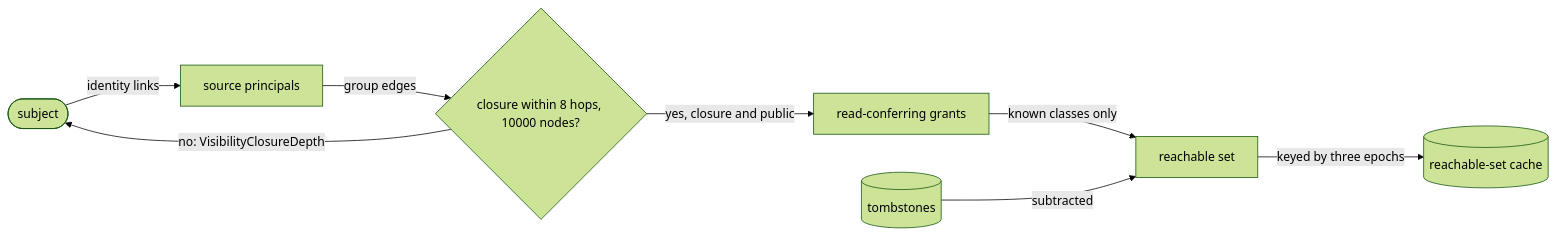
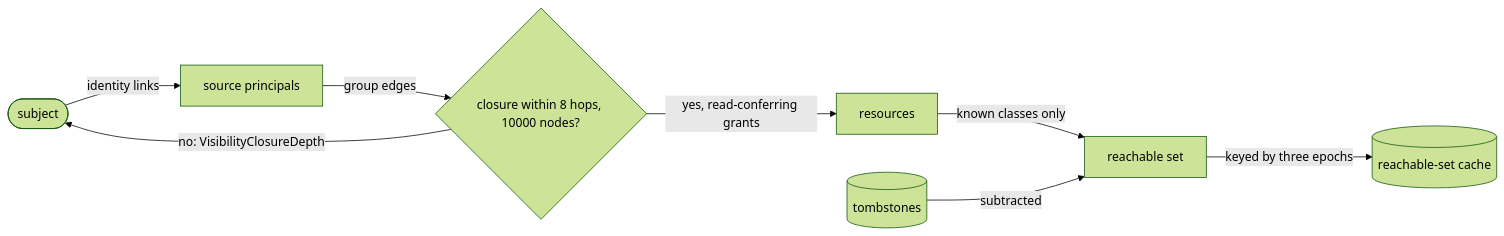
Before and after one commit to fractalboxdev/contextful: the second of 2 diagrams in spec/60-visibility.md, drawn with Mermaid (forest theme). The commit also changed 9 other files, not shown here.

First line of the commit message:
spec: diagram parser, bounds and topology corrections

````diff
--- a/spec/60-visibility.md
+++ b/spec/60-visibility.md
@@ -90,10 +90,10 @@
 ```mermaid
 flowchart LR
   S(["subject"]) -->|"identity links"| SP["source principals"]
   SP -->|"group edges"| DEPTH{"closure within 8 hops, 10000 nodes?"}
   DEPTH -->|"no: VisibilityClosureDepth"| S
-  DEPTH -->|"yes, closure and public"| GR["read-conferring grants"]
-  GR -->|"known classes only"| RSET["reachable set"]
+  DEPTH -->|"yes, read-conferring grants"| RES["resources"]
+  RES -->|"known classes only"| RSET["reachable set"]
   TOMB[("tombstones")] -->|"subtracted"| RSET
   RSET -->|"keyed by three epochs"| CACHE[("reachable-set cache")]
 ```
````
